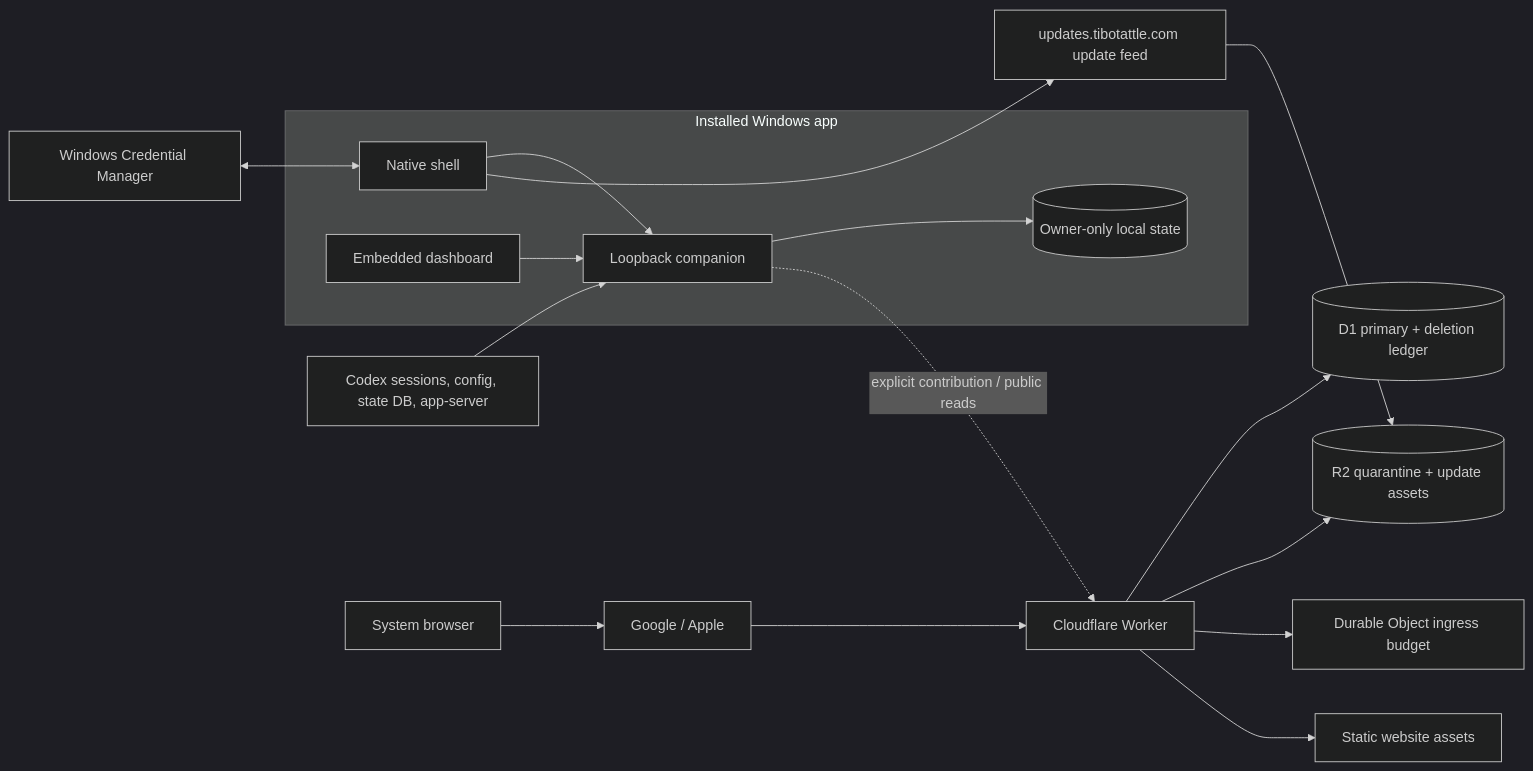
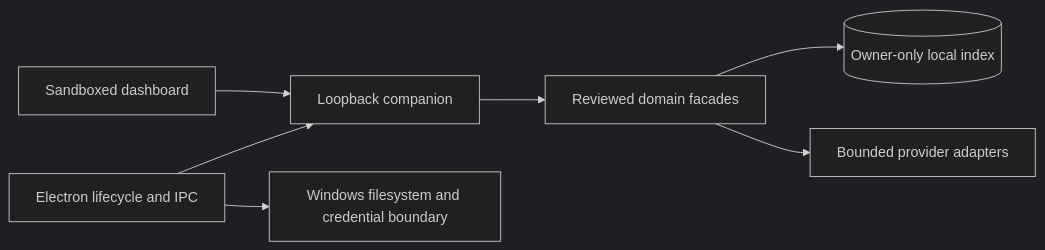
Before and after one commit to GuXinghai/tibotattle: the diagram in docs/reference/system-architecture.md, drawn with Mermaid (dark theme). The commit also changed other lines of this file and 1140 other files, not shown here.

````diff
--- a/docs/reference/system-architecture.md
+++ b/docs/reference/system-architecture.md
@@ -19,24 +18,9 @@
 ```mermaid
 flowchart LR
-  subgraph Desktop[Installed Windows app]
-    Native[Native shell]
-    Local[Loopback companion]
-    Index[(Owner-only local state)]
-    WebView[Embedded dashboard]
-    Native --> Local
-    WebView --> Local
-    Local --> Index
-  end
-
-  Codex[Codex sessions, config, state DB, app-server] --> Local
-  Keychain[Windows Credential Manager] <--> Native
-  Local -. explicit contribution / public reads .-> Worker[Cloudflare Worker]
-  Browser[System browser] --> Providers[Google / Apple]
-  Providers --> Worker
-  Worker --> D1[(D1 primary + deletion ledger)]
-  Worker --> R2[(R2 quarantine + update assets)]
-  Worker --> DO[Durable Object ingress budget]
-  Worker --> Assets[Static website assets]
-  Native --> Appcast[updates.tibotattle.com update feed]
-  Appcast --> R2
+  Shell[Electron lifecycle and IPC] --> Companion[Loopback companion]
+  UI[Sandboxed dashboard] --> Companion
+  Companion --> Domain[Reviewed domain facades]
+  Domain --> Index[(Owner-only local index)]
+  Domain --> Reader[Bounded provider adapters]
+  Shell --> Native[Windows filesystem and credential boundary]
 ```
````
